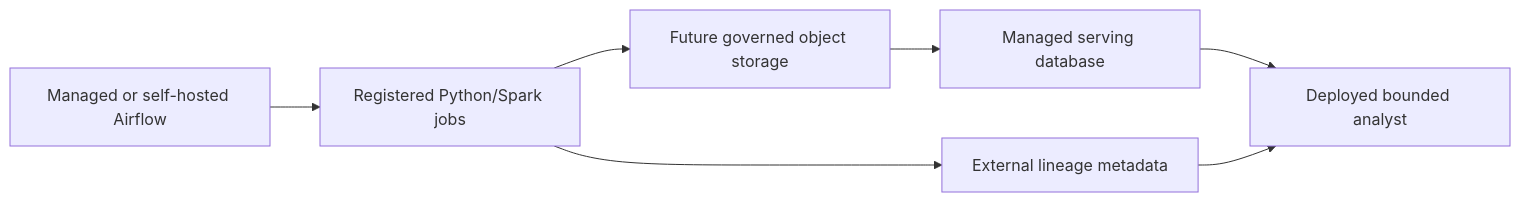
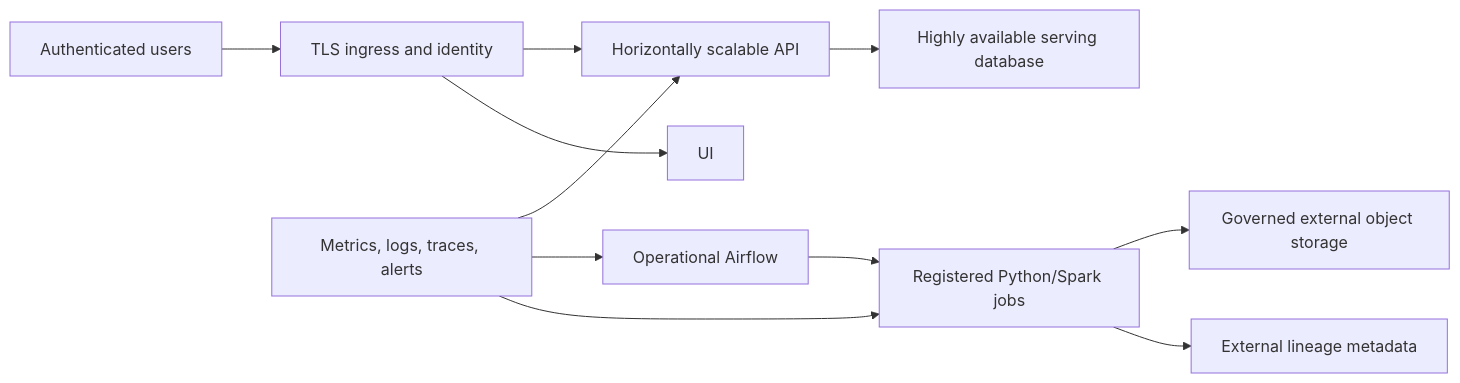
Diagram 54 of 54 in README.md (vdeeplearning/agentic_healthcare_data_platform), drawn with Mermaid before and after one commit. The commit also changed other lines of this file and 6 other files, not shown here.

````diff
--- a/README.md
+++ b/README.md
@@ -2202,9 +2385,13 @@
 ```mermaid
 flowchart LR
- SCHED["Managed or self-hosted Airflow"] --> JOBS["Registered Python/Spark jobs"]
- JOBS --> OBJ["Future governed object storage"]
- OBJ --> DB["Managed serving database"]
- DB --> API["Deployed bounded analyst"]
- META["External lineage metadata"] --> API
- JOBS --> META
+ USERS["Authenticated users"] --> EDGE["TLS ingress and identity"]
+ EDGE --> API["Horizontally scalable API"]
+ EDGE --> UI["UI"]
+ AIR["Operational Airflow"] --> JOBS["Registered Python/Spark jobs"]
+ JOBS --> OBJ["Governed external object storage"]
+ JOBS --> META["External lineage metadata"]
+ API --> SERVE["Highly available serving database"]
+ OBS["Metrics, logs, traces, alerts"] --> API
+ OBS --> AIR
+ OBS --> JOBS
 ```
````
